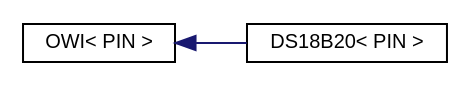
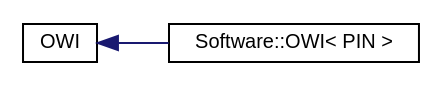
The diagram in Arduino-OWI/inherit_graph_1.dot (mikaelpatel/mikaelpatel.github.io), drawn with Graphviz before and after one commit. The commit also changed 190 other files, not shown here.

```diff
--- a/Arduino-OWI/inherit_graph_1.dot
+++ b/Arduino-OWI/inherit_graph_1.dot
@@ -1,9 +1,9 @@
 digraph "Graphical Class Hierarchy"
 {
   edge [fontname="Helvetica",fontsize="10",labelfontname="Helvetica",labelfontsize="10"];
   node [fontname="Helvetica",fontsize="10",shape=record];
   rankdir="LR";
-  Node1 [label="OWI\< PIN \>",height=0.2,width=0.4,color="black", fillcolor="white", style="filled",URL="$d7/d90/classOWI.html"];
+  Node1 [label="OWI",height=0.2,width=0.4,color="black", fillcolor="white", style="filled",URL="$d7/d90/classOWI.html"];
   Node1 -> Node2 [dir="back",color="midnightblue",fontsize="10",style="solid",fontname="Helvetica"];
-  Node2 [label="DS18B20\< PIN \>",height=0.2,width=0.4,color="black", fillcolor="white", style="filled",URL="$da/dc6/classDS18B20.html"];
+  Node2 [label="Software::OWI\< PIN \>",height=0.2,width=0.4,color="black", fillcolor="white", style="filled",URL="$d0/de1/classSoftware_1_1OWI.html"];
 }
```
